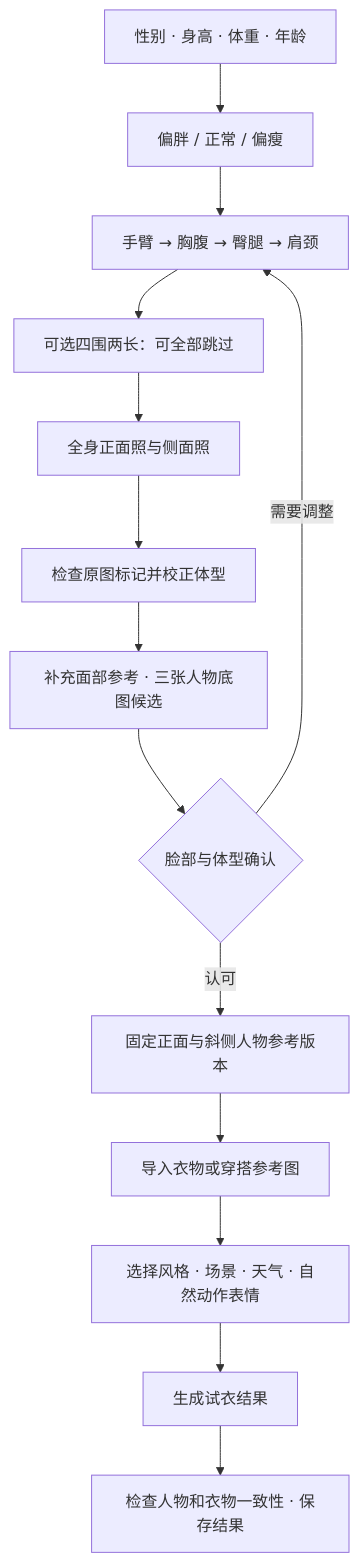
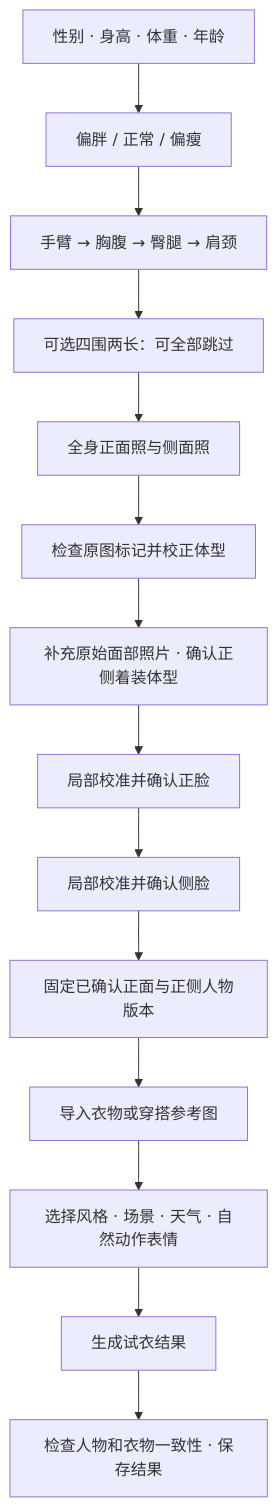
One commit to Yhmx6/veylfit changed the diagram in README.md. Above: the diagram before and after it, drawn with Mermaid. The commit also changed other lines of this file and 4 other files, not shown here.

````diff
--- a/README.md
+++ b/README.md
@@ -11,16 +11,16 @@
 ```mermaid
 flowchart TD
     A[性别 · 身高 · 体重 · 年龄] --> B[偏胖 / 正常 / 偏瘦]
     B --> C[手臂 → 胸腹 → 臀腿 → 肩颈]
     C --> D[可选四围两长：可全部跳过]
     D --> E[全身正面照与侧面照]
     E --> F[检查原图标记并校正体型]
-    F --> G[补充面部参考 · 三张人物底图候选]
-    G --> H{脸部与体型确认}
-    H -->|需要调整| C
-    H -->|认可| I[固定正面与斜侧人物参考版本]
+    F --> G[补充原始面部照片 · 确认正侧着装体型]
+    G --> H[局部校准并确认正脸]
+    H --> S[局部校准并确认侧脸]
+    S --> I[固定已确认正面与正侧人物版本]
     I --> J[导入衣物或穿搭参考图]
     J --> K[选择风格 · 场景 · 天气 · 自然动作表情]
     K --> L[生成试衣结果]
     L --> M[检查人物和衣物一致性 · 保存结果]
 ```
````
